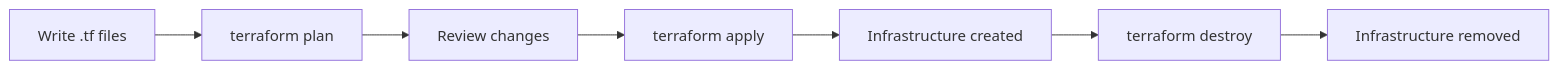
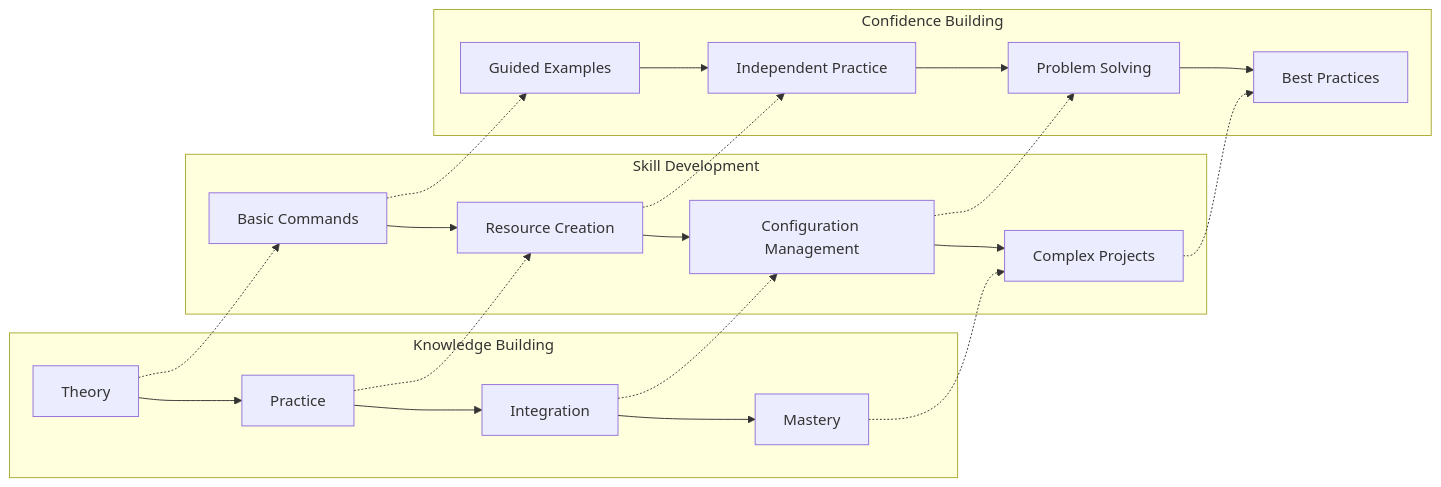
Before and after one commit to manikcloud/cloud-devops-learning-path: the third of 3 diagrams in Section-2-DevOps/Session-8_terraform_and_infra_automation/README.md, drawn with Mermaid. The commit also changed other lines of this file and 45 other files, not shown here.

First line of the commit message:
Replace Session-8 Terraform content with Complete Terraform Mastery Course

````diff
--- a/Section-2-DevOps/Session-8_terraform_and_infra_automation/README.md
+++ b/Section-2-DevOps/Session-8_terraform_and_infra_automation/README.md
@@ -134,10 +228,25 @@
 ```mermaid
 graph LR
-    A[Write .tf files] --> B[terraform plan]
-    B --> C[Review changes]
-    C --> D[terraform apply]
-    D --> E[Infrastructure created]
+    subgraph "Knowledge Building"
+        A[Theory] --> B[Practice]
+        B --> C[Integration]
+        C --> D[Mastery]
+    end
     
-    F[terraform destroy] --> G[Infrastructure removed]
-    E --> F
+    subgraph "Skill Development"
+        E[Basic Commands] --> F[Resource Creation]
+        F --> G[Configuration Management]
+        G --> H[Complex Projects]
+    end
+    
+    subgraph "Confidence Building"
+        I[Guided Examples] --> J[Independent Practice]
+        J --> K[Problem Solving]
+        K --> L[Best Practices]
+    end
+    
+    A -.-> E -.-> I
+    B -.-> F -.-> J
+    C -.-> G -.-> K
+    D -.-> H -.-> L
 ```
````
